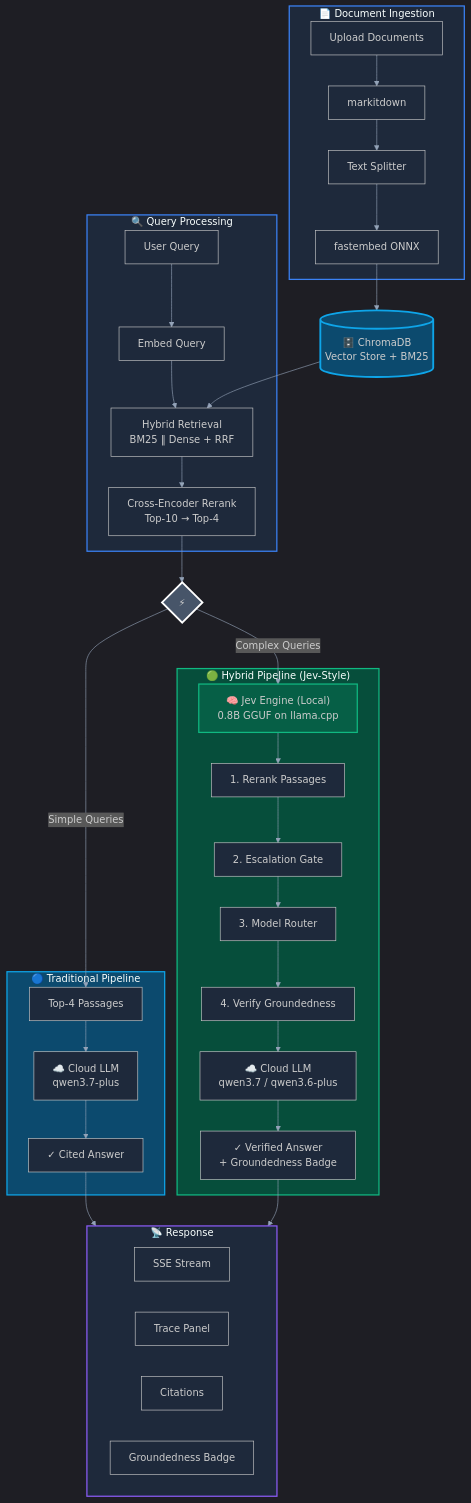
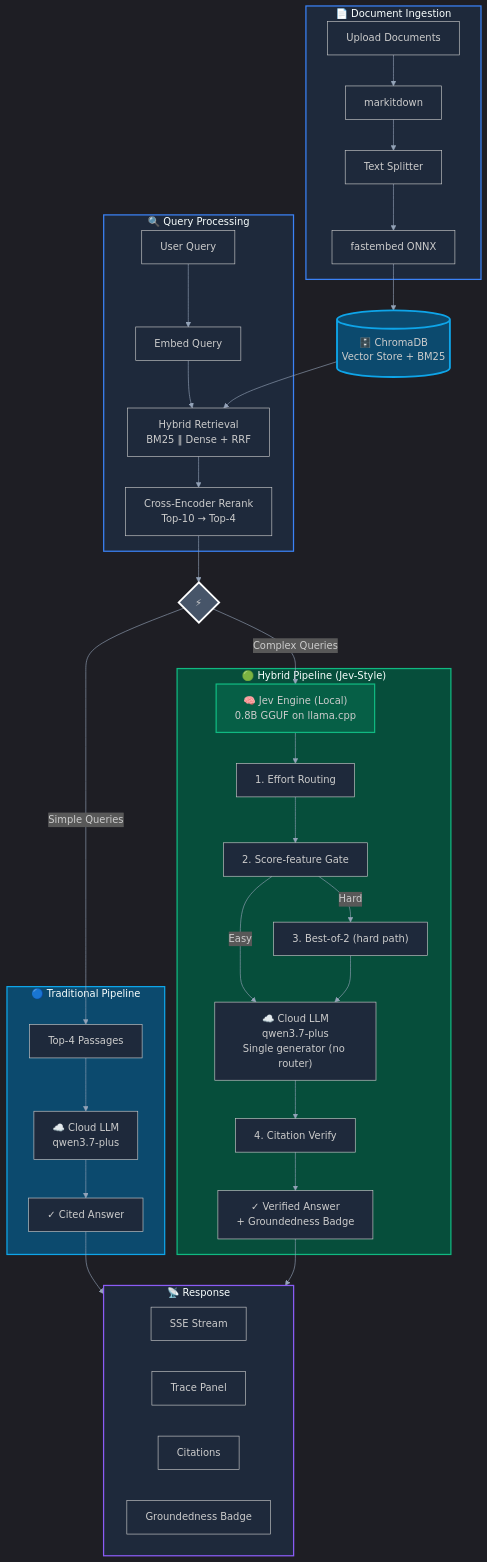
The diagram in docs/assets/img/v3-architecture-v2.mmd (kanishka-namdeo/jev-rag), drawn with Mermaid before and after one commit. The commit also changed 14 other files, not shown here.

```diff
--- a/docs/assets/img/v3-architecture-v2.mmd
+++ b/docs/assets/img/v3-architecture-v2.mmd
@@ -1,65 +1,68 @@
 %%{init: {'theme': 'dark', 'themeVariables': { 'primaryColor': '#3B82F6', 'primaryTextColor': '#fff', 'primaryBorderColor': '#60A5FA', 'lineColor': '#94A3B8', 'secondaryColor': '#10B981', 'tertiaryColor': '#8B5CF6', 'background': '#0B0F19', 'mainBkg': '#1E293B', 'secondBkg': '#334155', 'tertiaryBkg': '#1E2538' }}}%%
+%% doc-only mirror of generate_diagrams.py (create_architecture_diagram) — not rendered by any tool in this repo %%
 flowchart TB
     subgraph INGESTION["📄 Document Ingestion"]
         UPLOAD["Upload Documents"]
         MARKDOWN["markitdown"]
         CHUNK["Text Splitter"]
         EMBED["fastembed ONNX"]
     end
 
     UPLOAD --> MARKDOWN --> CHUNK --> EMBED
 
     CHROMADB[("🗄️ ChromaDB<br/>Vector Store + BM25")]
     EMBED --> CHROMADB
 
     subgraph QUERY["🔍 Query Processing"]
         USERQUERY["User Query"]
         QUERYEMBED["Embed Query"]
         RETRIEVE["Hybrid Retrieval<br/>BM25 ‖ Dense + RRF"]
         RERANK["Cross-Encoder Rerank<br/>Top-10 → Top-4"]
     end
 
     USERQUERY --> QUERYEMBED --> RETRIEVE --> RERANK
     CHROMADB --> RETRIEVE
 
     RERANK --> FORK{⚡}
 
     subgraph TRADITIONAL["🔵 Traditional Pipeline"]
         TOP4["Top-4 Passages"]
         LLM1["☁️ Cloud LLM<br/>qwen3.7-plus"]
         CITED["✓ Cited Answer"]
     end
 
     FORK -->|Simple Queries| TOP4 --> LLM1 --> CITED
 
     subgraph HYBRID["🟢 Hybrid Pipeline (Jev-Style)"]
         JEV["🧠 Jev Engine (Local)<br/>0.8B GGUF on llama.cpp"]
-        RERANK2["1. Rerank Passages"]
-        GATE["2. Escalation Gate"]
-        ROUTER["3. Model Router"]
-        VERIFY["4. Verify Groundedness"]
-        LLM2["☁️ Cloud LLM<br/>qwen3.7 / qwen3.6-plus"]
+        EFFORT["1. Effort Routing"]
+        GATE["2. Score-feature Gate"]
+        BESTOF["3. Best-of-2 (hard path)"]
+        VERIFY["4. Citation Verify"]
+        LLM2["☁️ Cloud LLM<br/>qwen3.7-plus<br/>Single generator (no router)"]
         VERIFIED["✓ Verified Answer<br/>+ Groundedness Badge"]
     end
 
     FORK -->|Complex Queries| JEV
-    JEV --> RERANK2 --> GATE --> ROUTER --> VERIFY --> LLM2 --> VERIFIED
+    JEV --> EFFORT --> GATE
+    GATE -->|Easy| LLM2 --> VERIFY --> VERIFIED
+    GATE -->|Hard| BESTOF --> LLM2
 
     subgraph RESPONSE["📡 Response"]
         SSE["SSE Stream"]
         TRACE["Trace Panel"]
         CITATIONS["Citations"]
         BADGE["Groundedness Badge"]
     end
 
     CITED --> RESPONSE
     VERIFIED --> RESPONSE
 
     style INGESTION fill:#1E293B,stroke:#3B82F6,stroke-width:2px
     style QUERY fill:#1E293B,stroke:#3B82F6,stroke-width:2px
     style TRADITIONAL fill:#0C4A6E,stroke:#0EA5E9,stroke-width:2px
     style HYBRID fill:#064E3B,stroke:#10B981,stroke-width:2px
     style RESPONSE fill:#1E293B,stroke:#8B5CF6,stroke-width:2px
     style CHROMADB fill:#0C4A6E,stroke:#0EA5E9,stroke-width:3px
     style FORK fill:#475569,stroke:#fff,stroke-width:3px
     style JEV fill:#065F46,stroke:#10B981,stroke-width:2px
```
